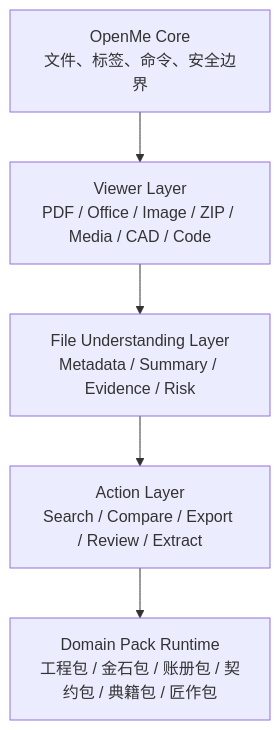
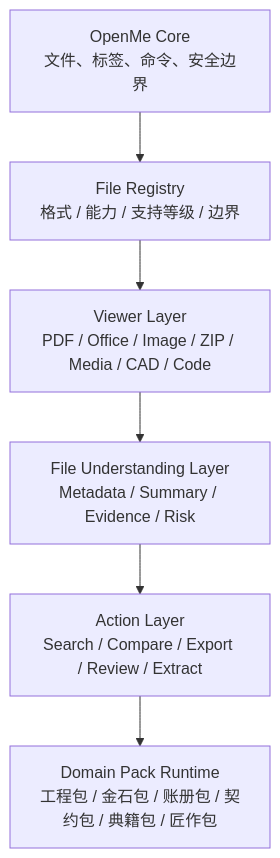
One commit to wuxi304-collab/openme changed the diagram in README.md. Above: the diagram before and after it, drawn with Mermaid. The commit also changed other lines of this file, not shown here.

````diff
--- a/README.md
+++ b/README.md
@@ -140,7 +180,8 @@
 ```mermaid
 graph TD
-  A[OpenMe Core<br/>文件、标签、命令、安全边界] --> B[Viewer Layer<br/>PDF / Office / Image / ZIP / Media / CAD / Code]
+  A[OpenMe Core<br/>文件、标签、命令、安全边界] --> R[File Registry<br/>格式 / 能力 / 支持等级 / 边界]
+  R --> B[Viewer Layer<br/>PDF / Office / Image / ZIP / Media / CAD / Code]
   B --> C[File Understanding Layer<br/>Metadata / Summary / Evidence / Risk]
   C --> D[Action Layer<br/>Search / Compare / Export / Review / Extract]
   D --> E[Domain Pack Runtime<br/>工程包 / 金石包 / 账册包 / 契约包 / 典籍包 / 匠作包]
 ```
````
